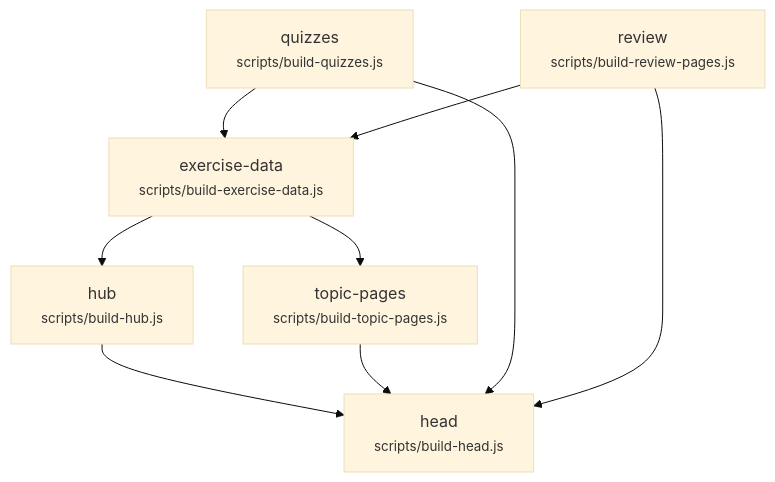
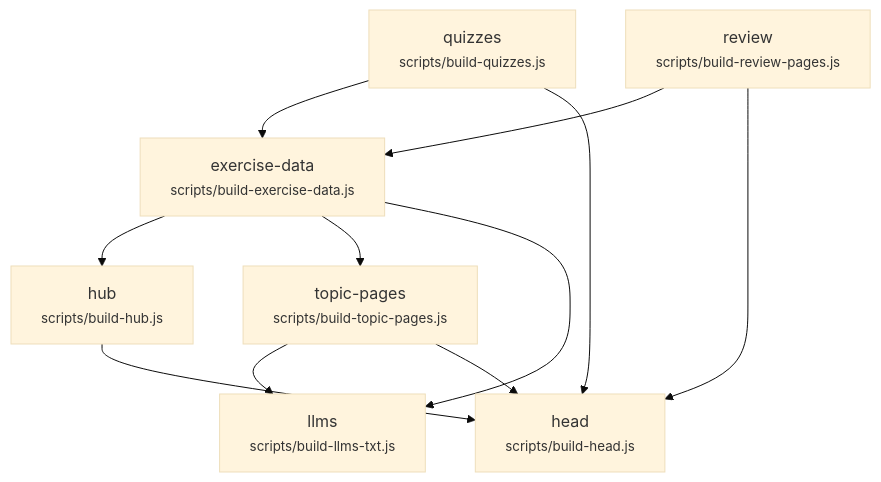
The diagram in docs/build-graph.mmd (EnglishOnlineTraining/vocab-games), drawn with Mermaid (base theme) before and after one commit. The commit also changed 5 other files, not shown here.

First line of the commit message:
Add generated llms.txt + llms-full.txt for activities.englishonline.training

```diff
--- a/docs/build-graph.mmd
+++ b/docs/build-graph.mmd
@@ -1,17 +1,20 @@
 %% GENERATED by scripts/build.js --write-graph — do not edit by hand.
 %% Run `node scripts/build.js --write-graph` after changing scripts/pipeline.js.
 graph TD
   quizzes["quizzes<br/><small>scripts/build-quizzes.js</small>"]
   review["review<br/><small>scripts/build-review-pages.js</small>"]
   exercise_data["exercise-data<br/><small>scripts/build-exercise-data.js</small>"]
   hub["hub<br/><small>scripts/build-hub.js</small>"]
   topic_pages["topic-pages<br/><small>scripts/build-topic-pages.js</small>"]
+  llms["llms<br/><small>scripts/build-llms-txt.js</small>"]
   head["head<br/><small>scripts/build-head.js</small>"]
   quizzes --> exercise_data
   review --> exercise_data
   exercise_data --> hub
   exercise_data --> topic_pages
+  exercise_data --> llms
+  topic_pages --> llms
   hub --> head
   topic_pages --> head
   quizzes --> head
   review --> head
```
